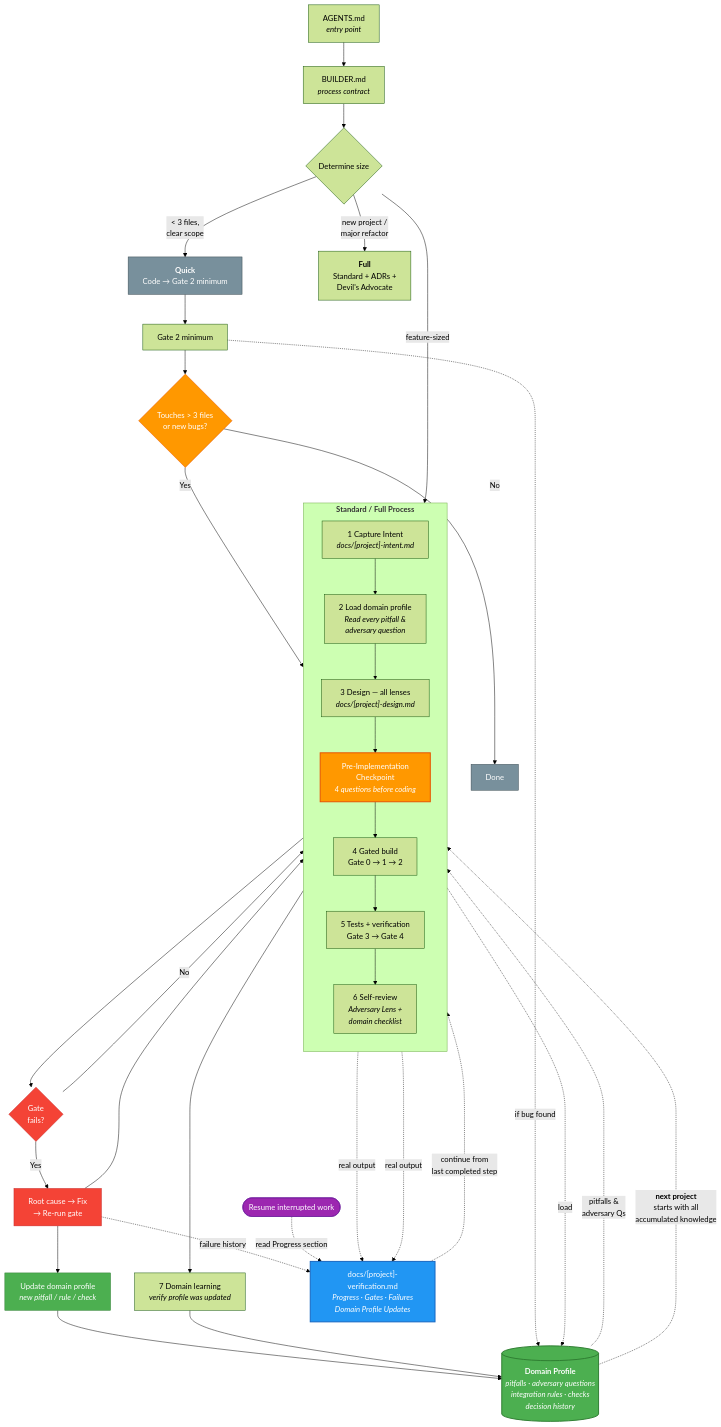
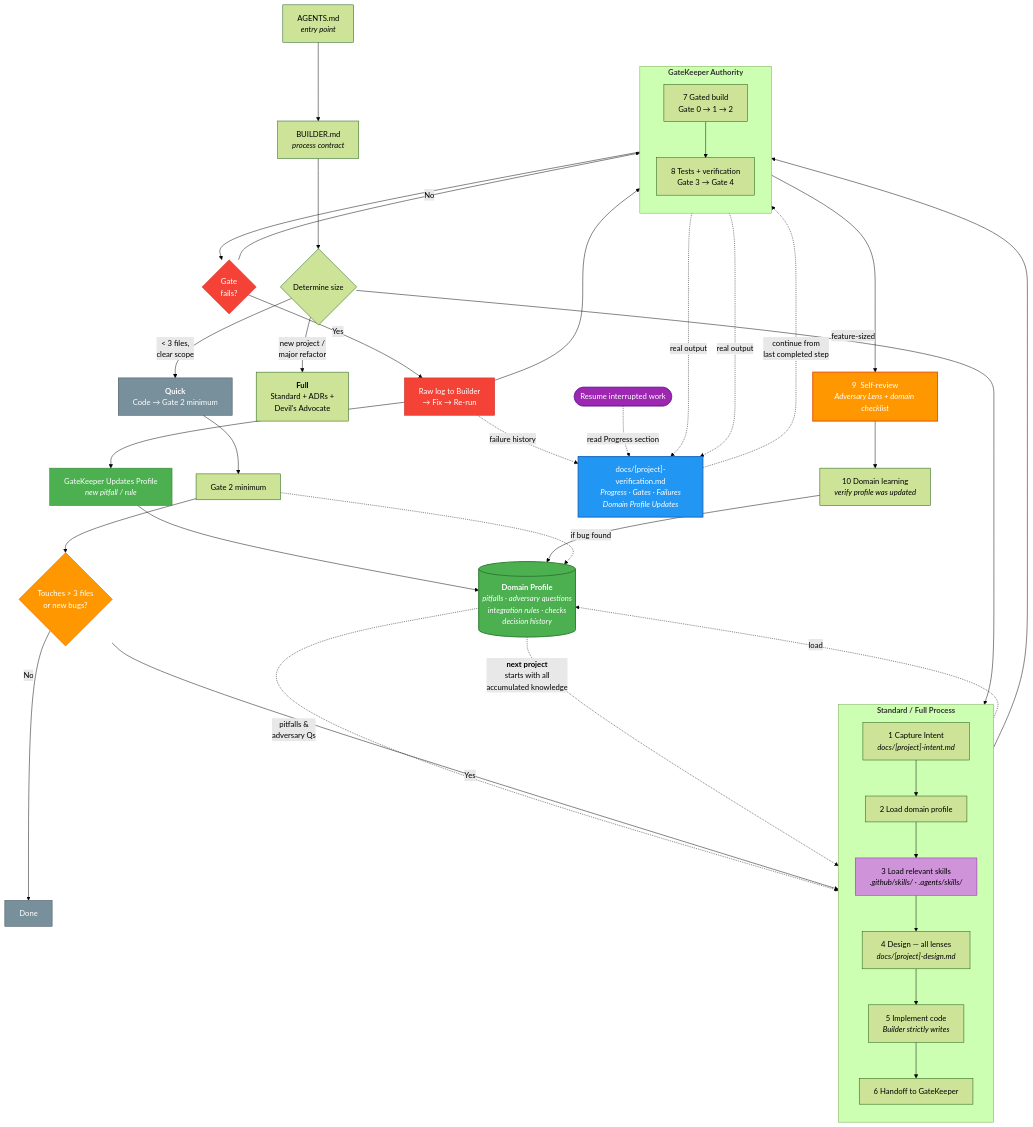
Before and after one commit to oscarmarina/agent-kit: the diagram in README.md, drawn with Mermaid (forest theme). The commit also changed other lines of this file and 16 other files, not shown here.

First line of the commit message:
feat: Introduce GateKeeper and foundational framework documentation

```diff
--- a/README.md
+++ b/README.md
@@ -30,20 +30,28 @@
     subgraph STANDARD ["<b>Standard / Full Process</b>"]
         direction TB
         INTENT["1  Capture Intent<br/><i>docs/[project]-intent.md</i>"]
-        LOAD_PROFILE["2  Load domain profile<br/><i>Read every pitfall &<br/>adversary question</i>"]
-        DESIGN["3  Design — all lenses<br/><i>docs/[project]-design.md</i>"]
-        CHECKPOINT["Pre-Implementation<br/>Checkpoint<br/><i>4 questions before coding</i>"]
-        GATES["4  Gated build<br/>Gate 0 → 1 → 2"]
-        TESTS["5  Tests + verification<br/>Gate 3 → Gate 4"]
-        REVIEW["6  Self-review<br/><i>Adversary Lens +<br/>domain checklist</i>"]
+        LOAD_PROFILE["2  Load domain profile"]
+        LOAD_SKILLS["3  Load relevant skills<br/><i>.github/skills/ · .agents/skills/</i>"]
+        DESIGN["4  Design — all lenses<br/><i>docs/[project]-design.md</i>"]
+        WRITE_CODE["5  Implement code<br/><i>Builder strictly writes</i>"]
+        HANDOFF["6  Handoff to GateKeeper"]
 
         INTENT --> LOAD_PROFILE
-        LOAD_PROFILE --> DESIGN
-        DESIGN --> CHECKPOINT
-        CHECKPOINT --> GATES
+        LOAD_PROFILE --> LOAD_SKILLS
+        LOAD_SKILLS --> DESIGN
+        DESIGN --> WRITE_CODE
+        WRITE_CODE --> HANDOFF
+    end
+
+    %% ── Verification Loop (GateKeeper) ──
+    subgraph VERIFICATION ["<b>GateKeeper Authority</b>"]
+        direction TB
+        GATES["7  Gated build<br/>Gate 0 → 1 → 2"]
+        TESTS["8  Tests + verification<br/>Gate 3 → Gate 4"]
         GATES --> TESTS
-        TESTS --> REVIEW
     end
+
+    HANDOFF --> VERIFICATION
 
     %% ── Domain profile (central) ──
     DP[("<b>Domain Profile</b><br/><i>pitfalls · adversary questions<br/>integration rules · checks<br/>decision history</i>")]
@@ -54,14 +62,15 @@
 
     %% ── Gate failure loop ──
     GATES --> FAIL{"Gate<br/>fails?"}
-    FAIL -->|"Yes"| FIX["Root cause → Fix<br/>→ Re-run gate"]
-    FIX --> UPDATE_PROFILE["Update domain profile<br/><i>new pitfall / rule / check</i>"]
+    FAIL -->|"Yes"| FIX["Raw log to Builder<br/>→ Fix → Re-run"]
+    FIX --> UPDATE_PROFILE["GateKeeper Updates Profile<br/><i>new pitfall / rule</i>"]
     UPDATE_PROFILE --> DP
     FIX --> GATES
     FAIL -->|"No"| TESTS
 
     %% ── Learning cycle ──
-    REVIEW --> LEARNING["7  Domain learning<br/><i>verify profile was updated</i>"]
+    TESTS --> REVIEW["9  Self-review<br/><i>Adversary Lens + domain checklist</i>"]
+    REVIEW --> LEARNING["10  Domain learning<br/><i>verify profile was updated</i>"]
     LEARNING --> DP
 
     %% ── Verification log ──
@@ -88,10 +97,11 @@
     %% ── Styles ──
     style DP fill:#4CAF50,color:#fff,stroke:#2E7D32,stroke-width:2px
     style VLOG fill:#2196F3,color:#fff,stroke:#1565C0,stroke-width:2px
-    style CHECKPOINT fill:#FF9800,color:#fff,stroke:#E65100,stroke-width:2px
+    style REVIEW fill:#FF9800,color:#fff,stroke:#E65100,stroke-width:2px
     style FAIL fill:#f44336,color:#fff,stroke:#c62828
     style FIX fill:#f44336,color:#fff,stroke:#c62828
     style UPDATE_PROFILE fill:#4CAF50,color:#fff,stroke:#2E7D32
+    style LOAD_SKILLS fill:#CE93D8,color:#000,stroke:#8E24AA,stroke-width:1px
     style RESUME fill:#9C27B0,color:#fff,stroke:#6A1B9A
     style QUICK fill:#78909C,color:#fff,stroke:#37474F
     style QUICK_DONE fill:#78909C,color:#fff,stroke:#37474F
```
